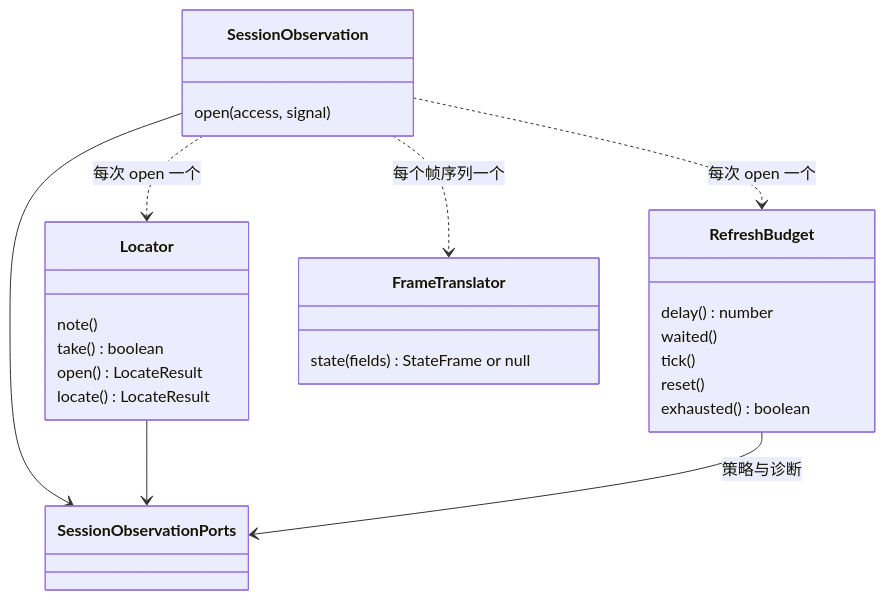
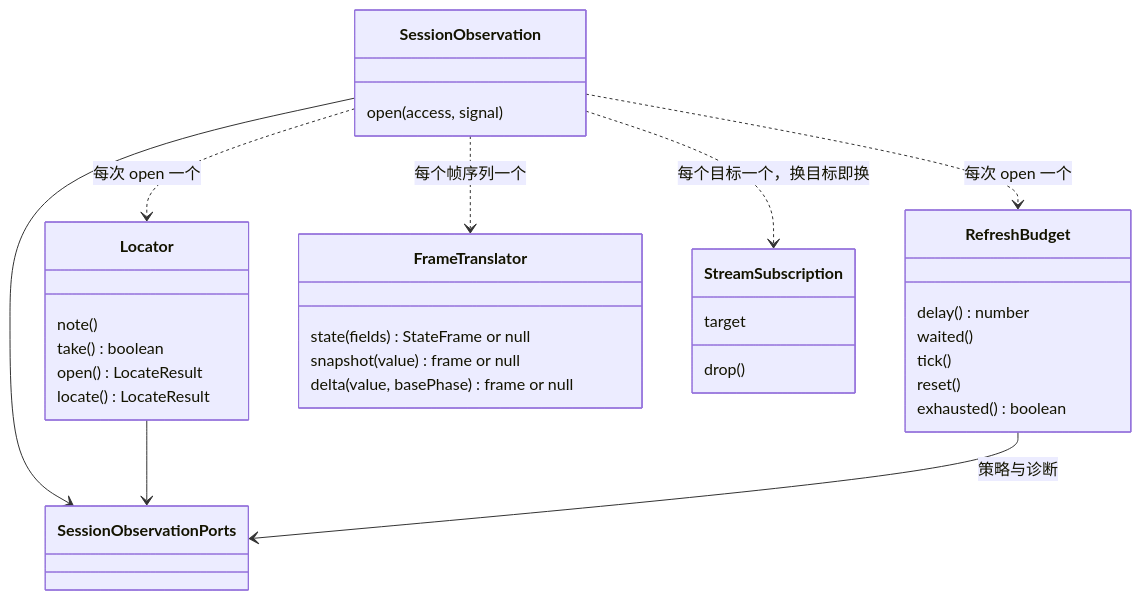
Before and after one commit to nemori-ai/omne-harness-lite: the diagram in packages/session/session-observation/docs/object-model.md, drawn with Mermaid. The commit also changed other lines of this file and 24 other files, not shown here.

First line of the commit message:
feat(session-observation): 块 2 正文写回；建立中被中止照常打开再结束；端到端用例与演示内容帧（#1248）

````diff
--- a/packages/session/session-observation/docs/object-model.md
+++ b/packages/session/session-observation/docs/object-model.md
@@ -9,29 +9,36 @@
 ```mermaid
 classDiagram
   class SessionObservation {
     open(access, signal)
   }
   class Locator {
     note()
     take() boolean
     open() LocateResult
     locate() LocateResult
   }
   class RefreshBudget {
     delay() number
     waited()
     tick()
     reset()
     exhausted() boolean
   }
   class FrameTranslator {
     state(fields) StateFrame or null
+    snapshot(value) frame or null
+    delta(value, basePhase) frame or null
+  }
+  class StreamSubscription {
+    target
+    drop()
   }
   class SessionObservationPorts
   SessionObservation ..> Locator : 每次 open 一个
   SessionObservation ..> RefreshBudget : 每次 open 一个
   SessionObservation ..> FrameTranslator : 每个帧序列一个
+  SessionObservation ..> StreamSubscription : 每个目标一个，换目标即换
   SessionObservation --> SessionObservationPorts
   Locator --> SessionObservationPorts
   RefreshBudget --> SessionObservationPorts : 策略与诊断
 ```
````
